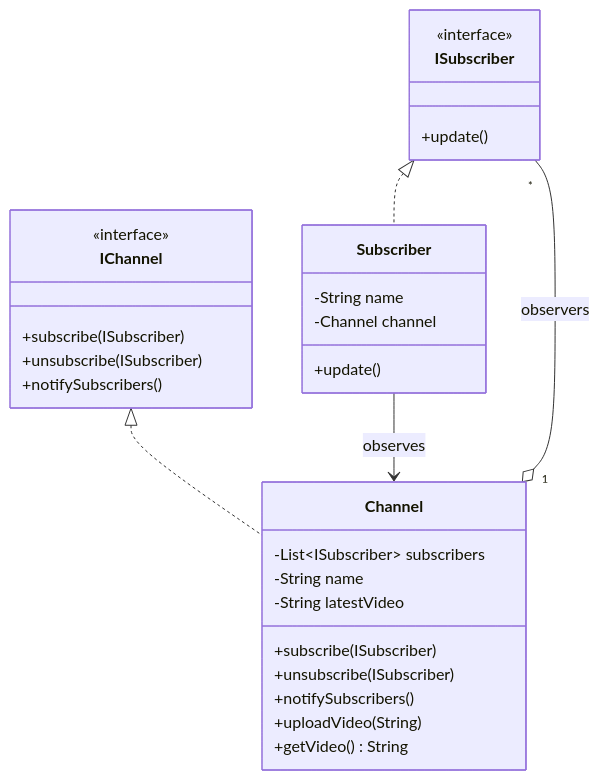
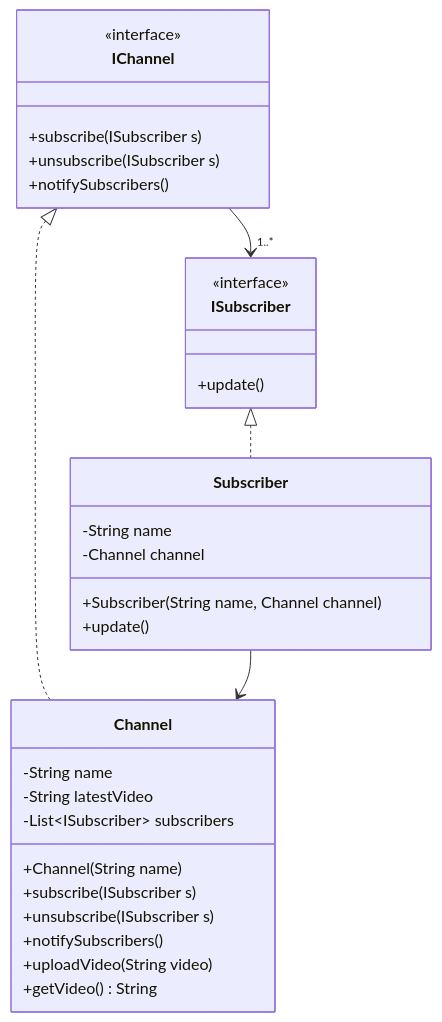
The diagram in Observer_Design_Pattern/uml.md (ashish21234/low-level-design-java), drawn with Mermaid before and after one commit. The commit also changed other lines of this file, not shown here.

Commit message:
Refactor UML diagram for Observer Design Pattern

````diff
--- a/Observer_Design_Pattern/uml.md
+++ b/Observer_Design_Pattern/uml.md
@@ -3,39 +3,44 @@
 ```mermaid
 classDiagram
+
+class IChannel {
+    <<interface>>
+    +subscribe(ISubscriber s)
+    +unsubscribe(ISubscriber s)
+    +notifySubscribers()
+}
 
 class ISubscriber {
     <<interface>>
     +update()
 }
 
-class IChannel {
-    <<interface>>
-    +subscribe(ISubscriber)
-    +unsubscribe(ISubscriber)
-    +notifySubscribers()
-}
-
 class Channel {
-    -List~ISubscriber~ subscribers
     -String name
     -String latestVideo
+    -List~ISubscriber~ subscribers
 
-    +subscribe(ISubscriber)
-    +unsubscribe(ISubscriber)
+    +Channel(String name)
+    +subscribe(ISubscriber s)
+    +unsubscribe(ISubscriber s)
     +notifySubscribers()
-    +uploadVideo(String)
+    +uploadVideo(String video)
     +getVideo() String
 }
 
 class Subscriber {
     -String name
     -Channel channel
+
+    +Subscriber(String name, Channel channel)
     +update()
 }
 
 IChannel <|.. Channel
 ISubscriber <|.. Subscriber
 
-Channel "1" o-- "*" ISubscriber : observers
-Subscriber --> Channel : observes
+IChannel --> "1..*" ISubscriber
+
+Subscriber --> Channel
+
 ```
````
